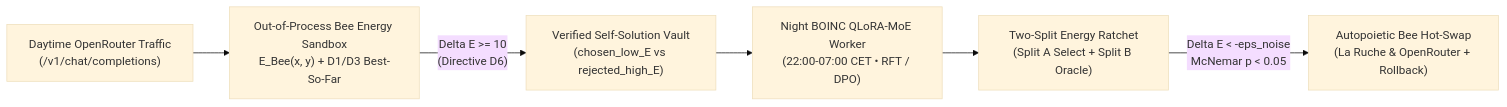
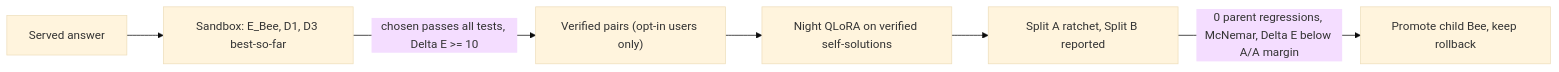
The diagram in docs/AUTOPOIETIC_ENERGY_BEES_PROPOSAL.md (clark719664/HiveMind), drawn with Mermaid (base theme) before and after one commit. The commit also changed other lines of this file and 8 other files, not shown here.

First line of the commit message:
docs(roadmap): review Season 18 Energy-Bees; fix energy ranking, plateau claim and promotion gate

````diff
--- a/docs/AUTOPOIETIC_ENERGY_BEES_PROPOSAL.md
+++ b/docs/AUTOPOIETIC_ENERGY_BEES_PROPOSAL.md
@@ -65,8 +70,8 @@
 ```mermaid
 flowchart LR
-    A["Daytime OpenRouter Traffic\n(/v1/chat/completions)"] --> B["Out-of-Process Bee Energy Sandbox\nE_Bee(x, y) + D1/D3 Best-So-Far"]
-    B -->|"Delta E >= 10\n(Directive D6)"| C["Verified Self-Solution Vault\n(chosen_low_E vs rejected_high_E)"]
-    C --> D["Night BOINC QLoRA-MoE Worker\n(22:00-07:00 CET • RFT / DPO)"]
-    D --> E["Two-Split Energy Ratchet\n(Split A Select + Split B Oracle)"]
-    E -->|"Delta E < -eps_noise\nMcNemar p < 0.05"| F["Autopoietic Bee Hot-Swap\n(La Ruche & OpenRouter + Rollback)"]
+    A["Served answer"] --> B["Sandbox: E_Bee, D1, D3 best-so-far"]
+    B -->|"chosen passes all tests, Delta E >= 10"| C["Verified pairs (opt-in users only)"]
+    C --> D["Night QLoRA on verified self-solutions"]
+    D --> E["Split A ratchet, Split B reported"]
+    E -->|"0 parent regressions, McNemar, Delta E below A/A margin"| F["Promote child Bee, keep rollback"]
 ```
````
